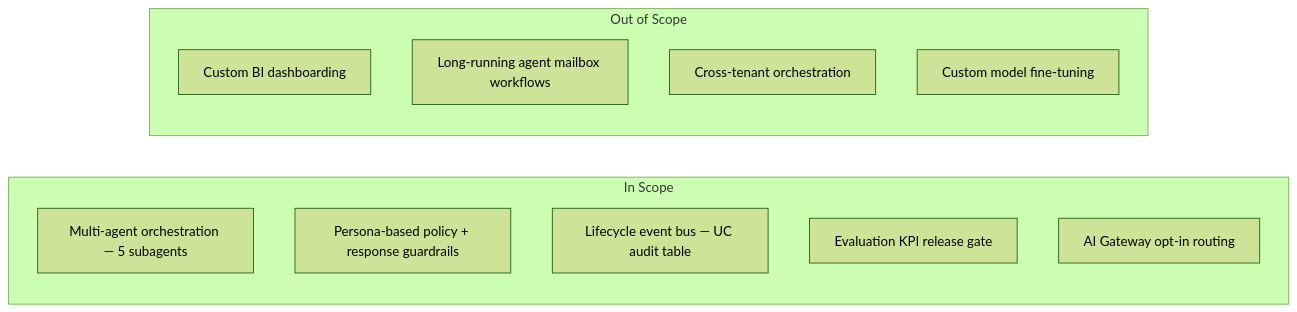
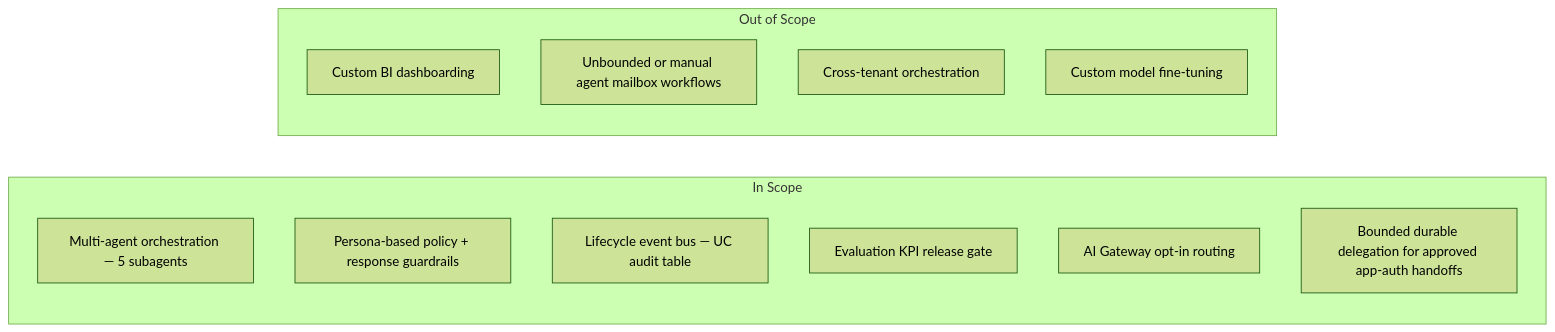
The first of 3 diagrams in docs/architecture/design-artifacts/02-concept-detailed.md (wchen-dea/Governed-Multi-Agent-Intelligence-on-Databricks), drawn with Mermaid (forest theme) before and after one commit. The commit also changed other lines of this file and 29 other files, not shown here.

````diff
--- a/docs/architecture/design-artifacts/02-concept-detailed.md
+++ b/docs/architecture/design-artifacts/02-concept-detailed.md
@@ -7,17 +7,18 @@
 ```mermaid
 flowchart LR
     subgraph InScope[In Scope]
         S1[Multi-agent orchestration — 5 subagents]
         S2[Persona-based policy + response guardrails]
         S3[Lifecycle event bus — UC audit table]
         S4[Evaluation KPI release gate]
         S5[AI Gateway opt-in routing]
+        S6[Bounded durable delegation for approved app-auth handoffs]
     end
 
     subgraph OutScope[Out of Scope]
         O1[Custom BI dashboarding]
-        O2[Long-running agent mailbox workflows]
+        O2[Unbounded or manual agent mailbox workflows]
         O3[Cross-tenant orchestration]
         O4[Custom model fine-tuning]
     end
 ```
````
